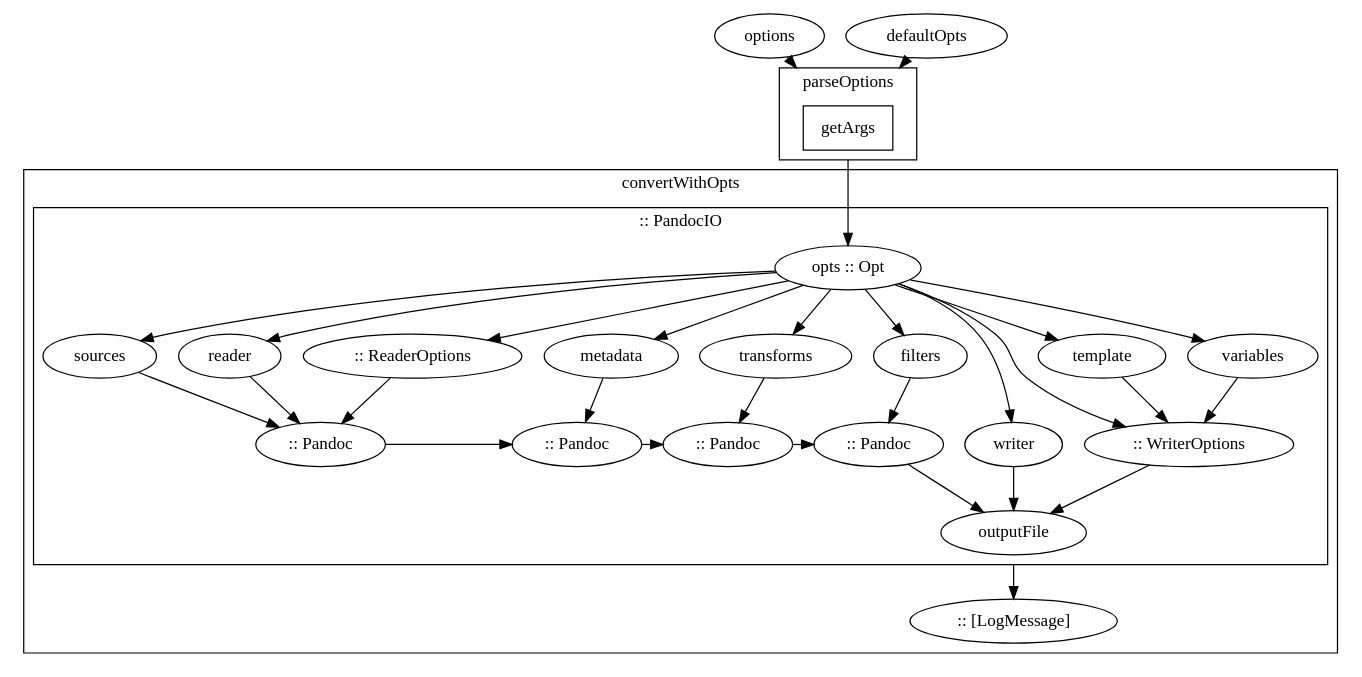
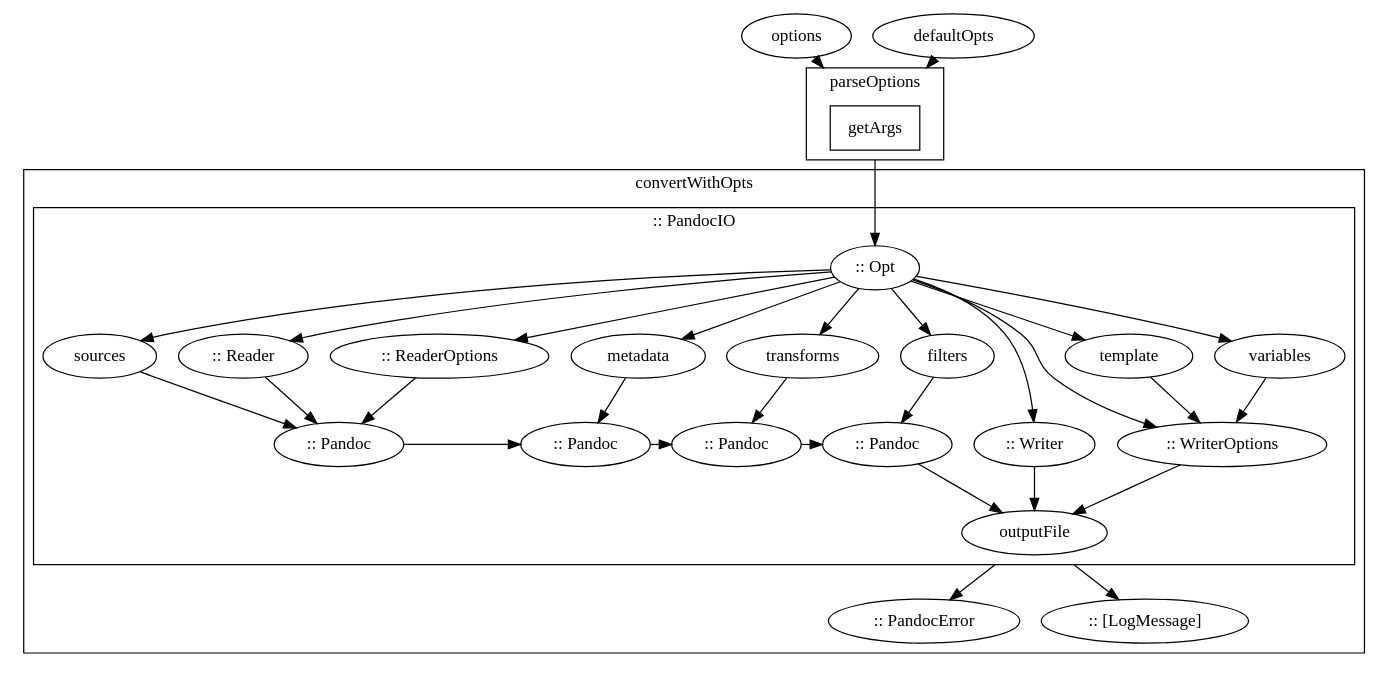
One commit to divipp/pandoc-haskell changed the diagram in App.dot. Above: the diagram before and after it, drawn with Graphviz. The commit also changed 4 other files, not shown here.

```diff
--- a/App.dot
+++ b/App.dot
@@ -1,38 +1,42 @@
 digraph G {
 compound=true;
-node [style=plain, color=black]
 subgraph clusterPO {
     label = "parseOptions"
     cmd [label="getArgs", shape =box]
 }
 subgraph cluster0 {
     label = "convertWithOpts"
     subgraph cluster1 {
         label = ":: PandocIO"
             cmd -> Opt [ltail=clusterPO]
             Opt -> sources -> Pandoc1 -> Pandoc2 -> Pandoc3 -> Pandoc4 -> output
             Pandoc1 [label = ":: Pandoc"]
             Pandoc2 [label = ":: Pandoc"]
             Pandoc3 [label = ":: Pandoc"]
             Pandoc4 [label = ":: Pandoc"]
             Opt -> reader -> Pandoc1
             Opt -> ReaderOptions -> Pandoc1
             Opt -> metadata -> Pandoc2
             Opt -> transforms -> Pandoc3
             Opt -> filters -> Pandoc4
             Opt -> writer -> output
             Opt -> WriterOptions -> output
             Opt -> template -> WriterOptions
             Opt -> variables -> WriterOptions
             {rank=same; Pandoc1; Pandoc2; Pandoc3; Pandoc4}
         }
+    output -> error [ltail=cluster1]
     output -> log [ltail=cluster1];
+    {rank=same;error;log}
     }
-Opt [label="opts :: Opt"]
+Opt [label=":: Opt"]
+error [label=":: PandocError"]
+reader [label=":: Reader"]
+writer [label=":: Writer"]
 ReaderOptions [label=":: ReaderOptions"]
 WriterOptions [label=":: WriterOptions"]
 log [label=":: [LogMessage]"]
 options -> cmd [lhead=clusterPO]
 defaultOpts -> cmd [lhead=clusterPO]
 output [label="outputFile"]
 }
```
